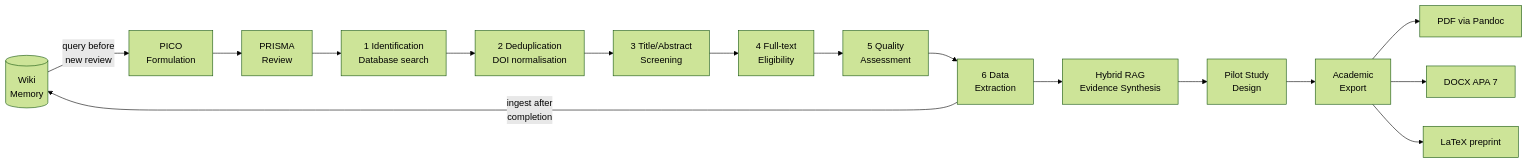
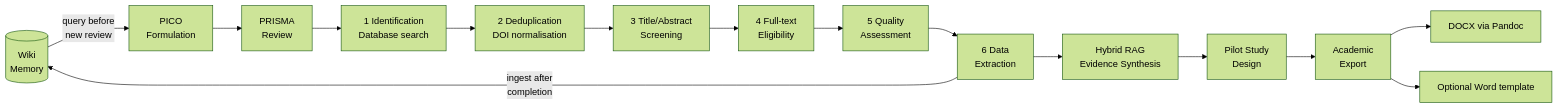
One commit to giovannifrontera/academic-research-prisma-wiki-rag changed the diagram in README.md. Above: the diagram before and after it, drawn with Mermaid (forest theme). The commit also changed other lines of this file and 32 other files, not shown here.

````diff
--- a/README.md
+++ b/README.md
@@ -53,18 +53,17 @@
 ```mermaid
 flowchart LR
     W[(Wiki\nMemory)] -->|query before\nnew review| A
     A[PICO\nFormulation] --> B[PRISMA\nReview]
     B --> B1[1 Identification\nDatabase search]
     B1 --> B2[2 Deduplication\nDOI normalisation]
     B2 --> B3[3 Title/Abstract\nScreening]
     B3 --> B4[4 Full-text\nEligibility]
     B4 --> B5[5 Quality\nAssessment]
     B5 --> B6[6 Data\nExtraction]
     B6 -->|ingest after\ncompletion| W
     B6 --> C[Hybrid RAG\nEvidence Synthesis]
     C --> D[Pilot Study\nDesign]
     D --> E[Academic\nExport]
-    E --> E1[PDF via Pandoc]
-    E --> E2[DOCX APA 7]
-    E --> E3[LaTeX preprint]
+    E --> E1[DOCX via Pandoc]
+    E --> E2[Optional Word template]
 ```
````
